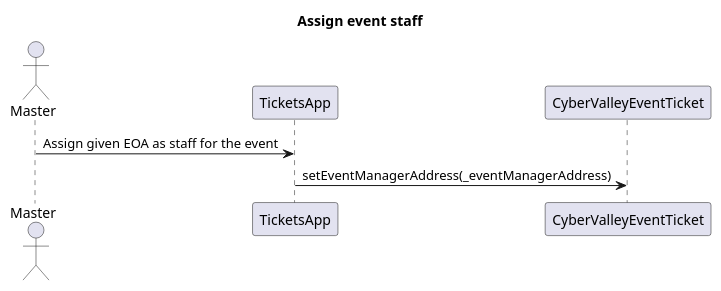
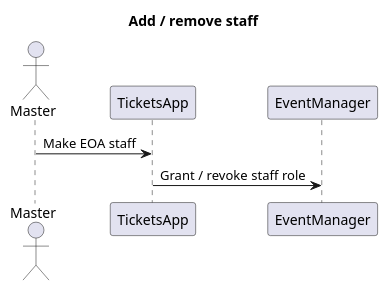
Before and after one commit to ai-shift/cyber-valley-tickets: diagram 13 of 24 in README.org, drawn with PlantUML. The commit also changed other lines of this file and 20 other files, not shown here.

Commit message:
fix: Actualize diagrams

```diff
--- a/README.org
+++ b/README.org
@@ -377,10 +355,10 @@
 #+begin_src plantuml :file ./img/assign-event-staff.png
-title Assign event staff
+title Add / remove staff
 
 actor Master
 participant TicketsApp
-participant CyberValleyEventTicket
+participant EventManager
 
-Master -> TicketsApp: Assign given EOA as staff for the event
-TicketsApp -> CyberValleyEventTicket: setEventManagerAddress(_eventManagerAddress)
+Master -> TicketsApp: Make EOA staff
+TicketsApp -> EventManager: Grant / revoke staff role
 #+end_src
```
